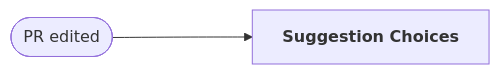
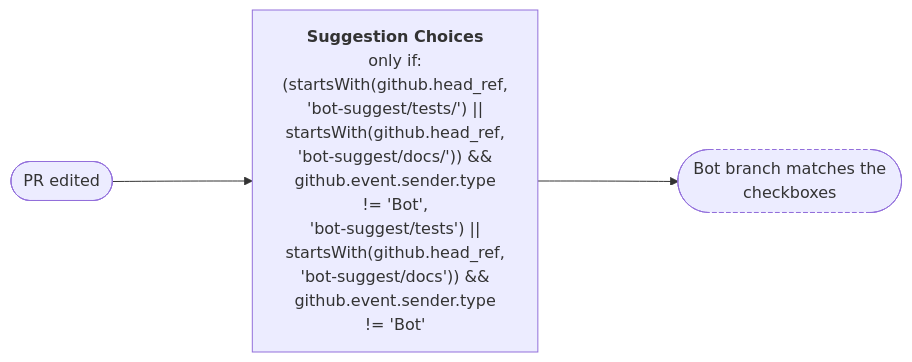
One commit to nfdi4health/dsAnalysis changed the fourth of 6 diagrams in .github/workflow-graphs/README.md. Above: the diagram before and after it, drawn with Mermaid. The commit also changed other lines of this file, not shown here.

Commit message:
docs: update workflow diagrams

````diff
--- a/.github/workflow-graphs/README.md
+++ b/.github/workflow-graphs/README.md
@@ -112,8 +112,10 @@
 ```mermaid
 %%{init: {"flowchart": {"rankSpacing": 140, "nodeSpacing": 45}}}%%
 flowchart LR
   ev(["PR edited"])
-  wf_suggestion_choices_yml["<b>Suggestion Choices</b>"]
+  wf_suggestion_choices_yml["<b>Suggestion Choices</b><br/>only if:<br/>(startsWith(github.head_ref,<br/>'bot-suggest/tests/') ||<br/>startsWith(github.head_ref,<br/>'bot-suggest/docs/')) &&<br/>github.event.sender.type<br/>!= 'Bot',<br/>'bot-suggest/tests') ||<br/>startsWith(github.head_ref,<br/>'bot-suggest/docs')) &&<br/>github.event.sender.type<br/>!= 'Bot'"]
   ev --> wf_suggestion_choices_yml
+  out_1(["Bot branch matches the<br/>checkboxes"]):::outcome
+  wf_suggestion_choices_yml --> out_1
   classDef outcome stroke-dasharray: 4 3
 ```
````
